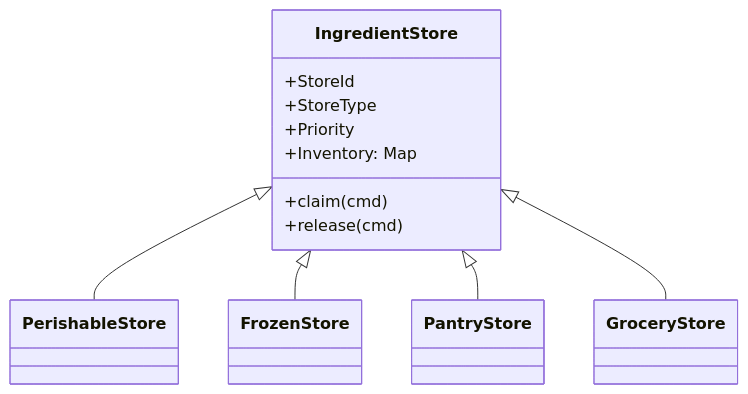
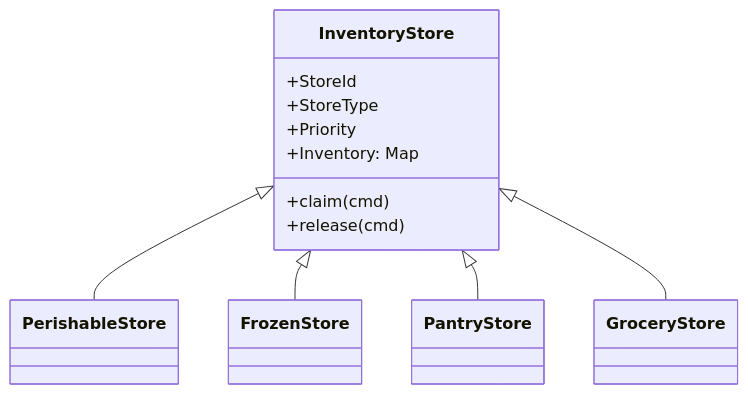
Before and after one commit to mr-mcox/harvest-hound: the first of 2 diagrams in docs/architecture/domain-model.md, drawn with Mermaid. The commit also changed other lines of this file and 4 other files, not shown here.

````diff
--- a/docs/architecture/domain-model.md
+++ b/docs/architecture/domain-model.md
@@ -53,15 +53,15 @@
 ```mermaid
 classDiagram
-    class IngredientStore {
+    class InventoryStore {
         +StoreId
         +StoreType
         +Priority
         +Inventory: Map<IngredientId, Lot[]>
         +claim(cmd)
         +release(cmd)
     }
-    IngredientStore <|-- PerishableStore
-    IngredientStore <|-- FrozenStore
-    IngredientStore <|-- PantryStore
-    IngredientStore <|-- GroceryStore
+    InventoryStore <|-- PerishableStore
+    InventoryStore <|-- FrozenStore
+    InventoryStore <|-- PantryStore
+    InventoryStore <|-- GroceryStore
 ```
````
